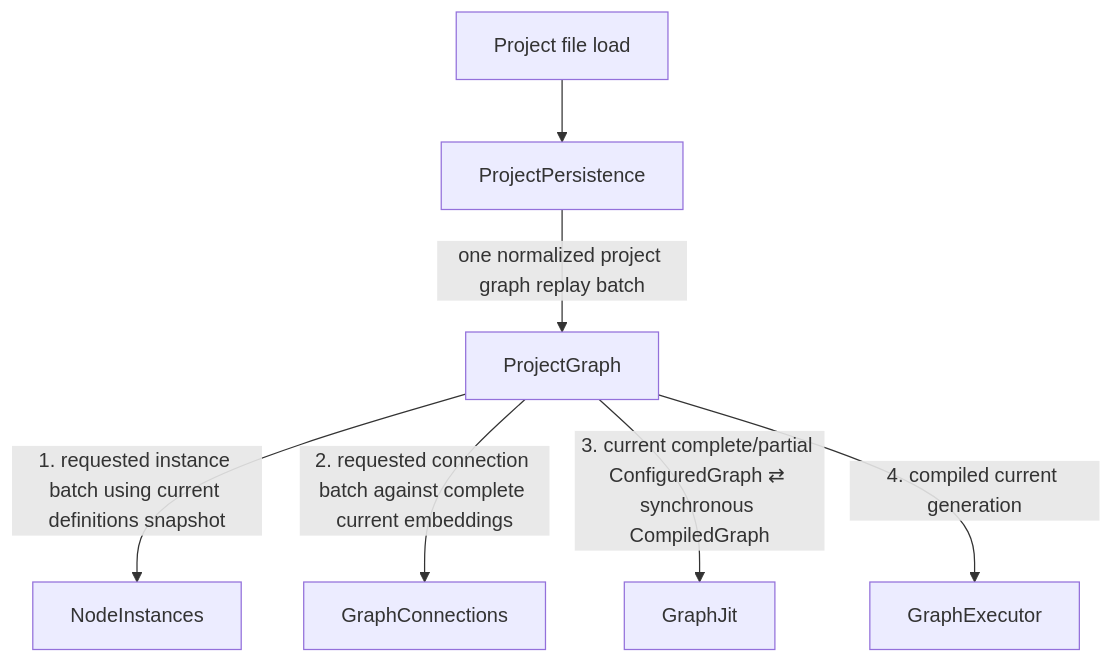
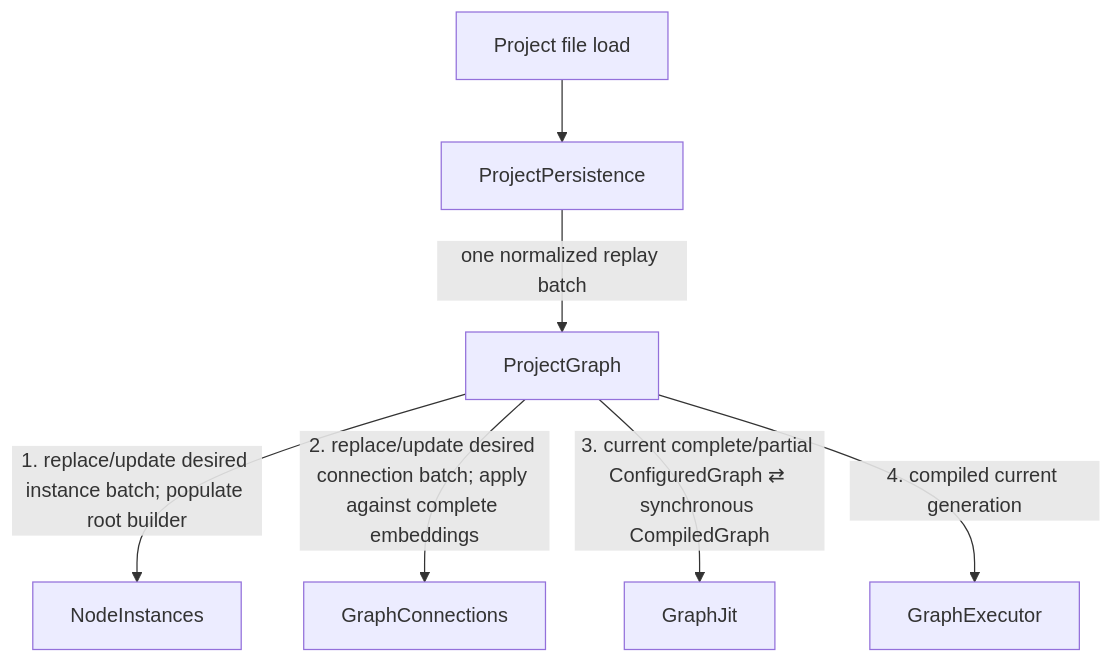
One commit to ljleb/intravenous changed the first of 2 diagrams in docs/event_flows/startup_and_project_replay.md. Above: the diagram before and after it, drawn with Mermaid. The commit also changed other lines of this file and 13 other files, not shown here.

````diff
--- a/docs/event_flows/startup_and_project_replay.md
+++ b/docs/event_flows/startup_and_project_replay.md
@@ -10,17 +10,17 @@
 ```mermaid
 flowchart TD
     SRC["Project file load"]
     PP["ProjectPersistence"]
     PG["ProjectGraph"]
     NI["NodeInstances"]
     GC["GraphConnections"]
     GJ["GraphJit"]
     GE["GraphExecutor"]
 
     SRC --> PP
-    PP -->|"one normalized project graph replay batch"| PG
-    PG -->|"1. requested instance batch using current definitions snapshot"| NI
-    PG -->|"2. requested connection batch against complete current embeddings"| GC
+    PP -->|"one normalized replay batch"| PG
+    PG -->|"1. replace/update desired instance batch; populate root builder"| NI
+    PG -->|"2. replace/update desired connection batch; apply against complete embeddings"| GC
     PG -->|"3. current complete/partial ConfiguredGraph ⇄ synchronous CompiledGraph"| GJ
     PG -->|"4. compiled current generation"| GE
 ```
````
